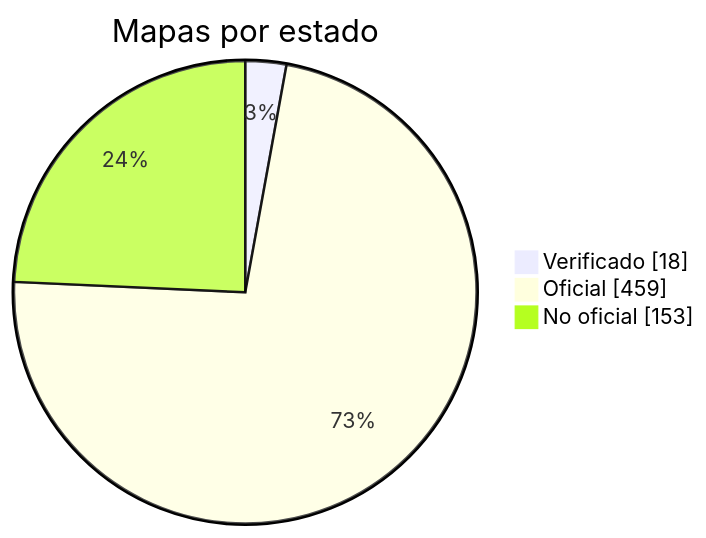
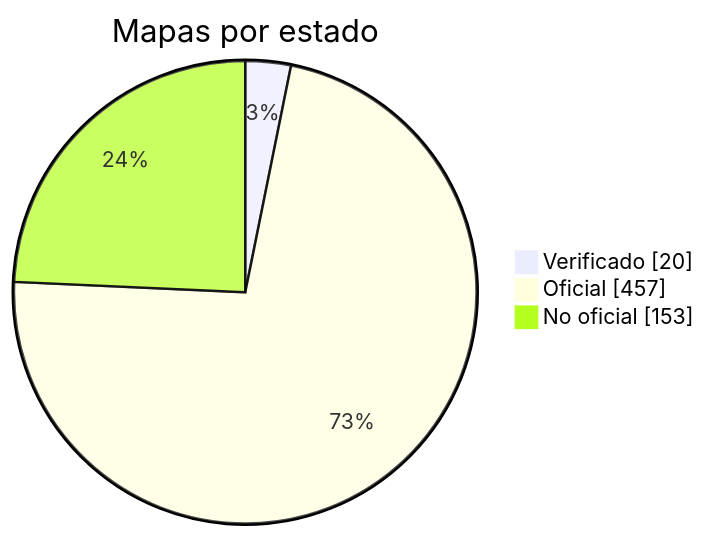
Before and after one commit to nobrega8/mbmap-library: the diagram in docs/readme/README_ES.md, drawn with Mermaid. The commit also changed 7 other files, not shown here.

````diff
--- a/docs/readme/README_ES.md
+++ b/docs/readme/README_ES.md
@@ -54,7 +54,7 @@
 ```mermaid
 pie showData
     title Mapas por estado
-    "Verificado" : 18
-    "Oficial" : 459
+    "Verificado" : 20
+    "Oficial" : 457
     "No oficial" : 153
 ```
````
